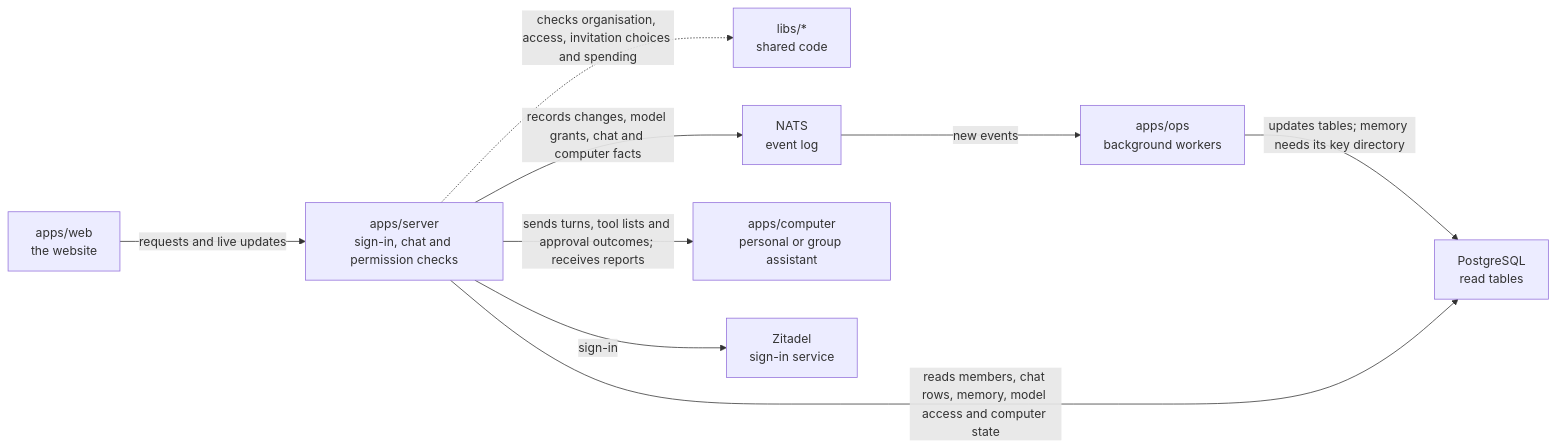
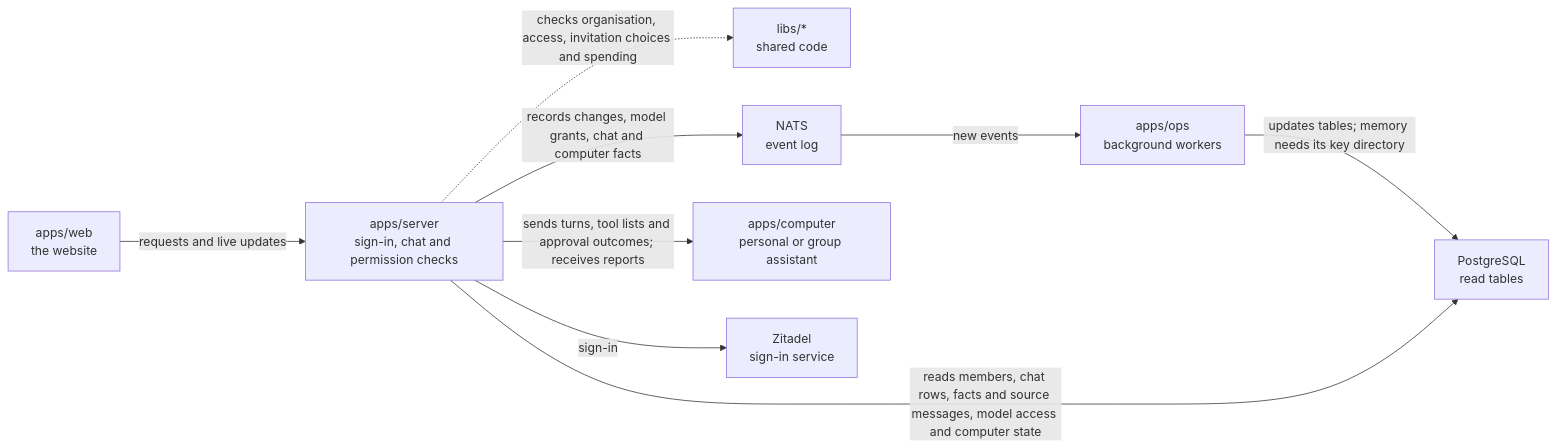
Before and after one commit to elewa-git/opencrane-new: the diagram in apps/server/README.md, drawn with Mermaid. The commit also changed other lines of this file and 16 other files, not shown here.

````diff
--- a/apps/server/README.md
+++ b/apps/server/README.md
@@ -11,11 +11,11 @@
 ```mermaid
 flowchart LR
   web["apps/web<br/>the website"] -->|requests and live updates| server["apps/server<br/>sign-in, chat and permission checks"]
   server -.->|checks organisation, access, invitation choices and spending| libs["libs/*<br/>shared code"]
   server -->|records changes, model grants, chat and computer facts| nats["NATS<br/>event log"]
   nats -->|new events| ops["apps/ops<br/>background workers"]
   ops -->|updates tables; memory needs its key directory| postgres["PostgreSQL<br/>read tables"]
-  server -->|reads members, chat rows, memory, model access and computer state| postgres
+  server -->|reads members, chat rows, facts and source messages, model access and computer state| postgres
   server -->|sends turns, tool lists and approval outcomes; receives reports| computer["apps/computer<br/>personal or group assistant"]
   server -->|sign-in| zitadel["Zitadel<br/>sign-in service"]
 ```
````
